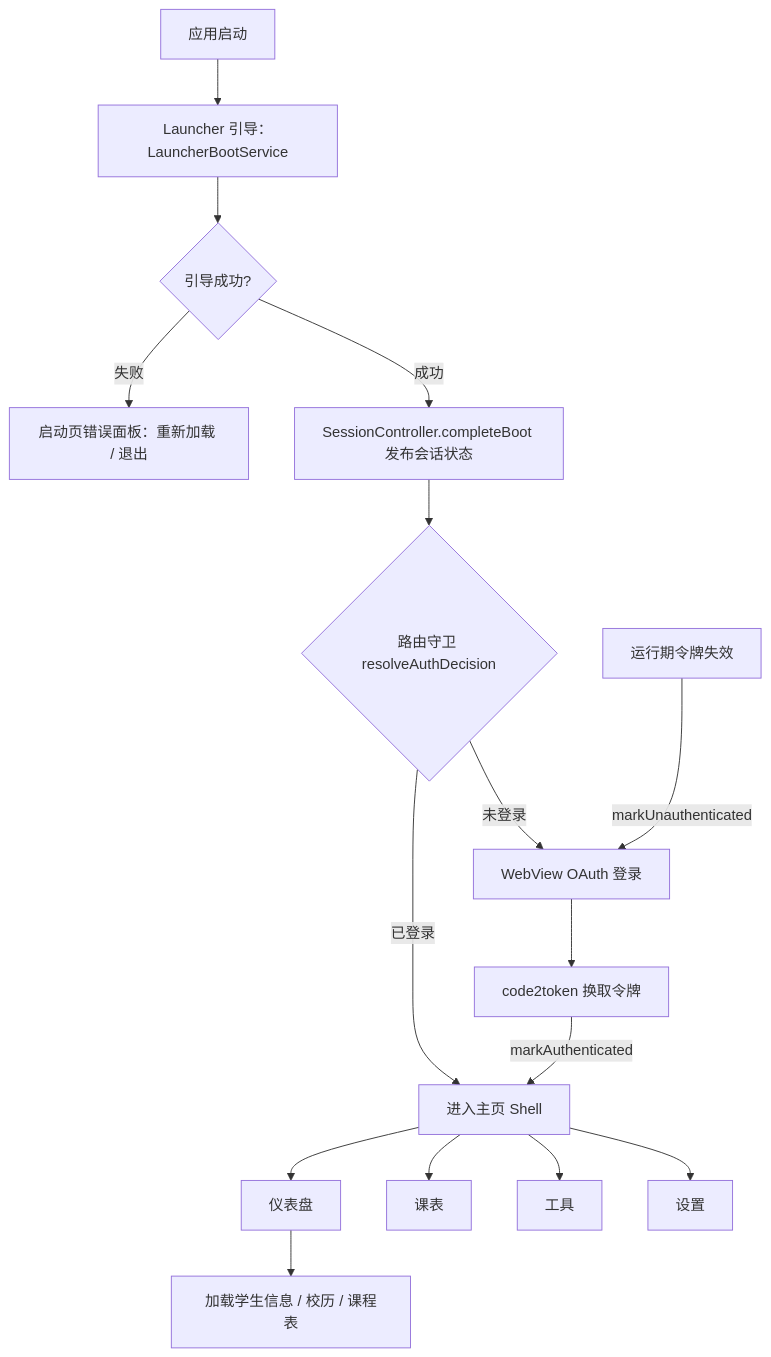
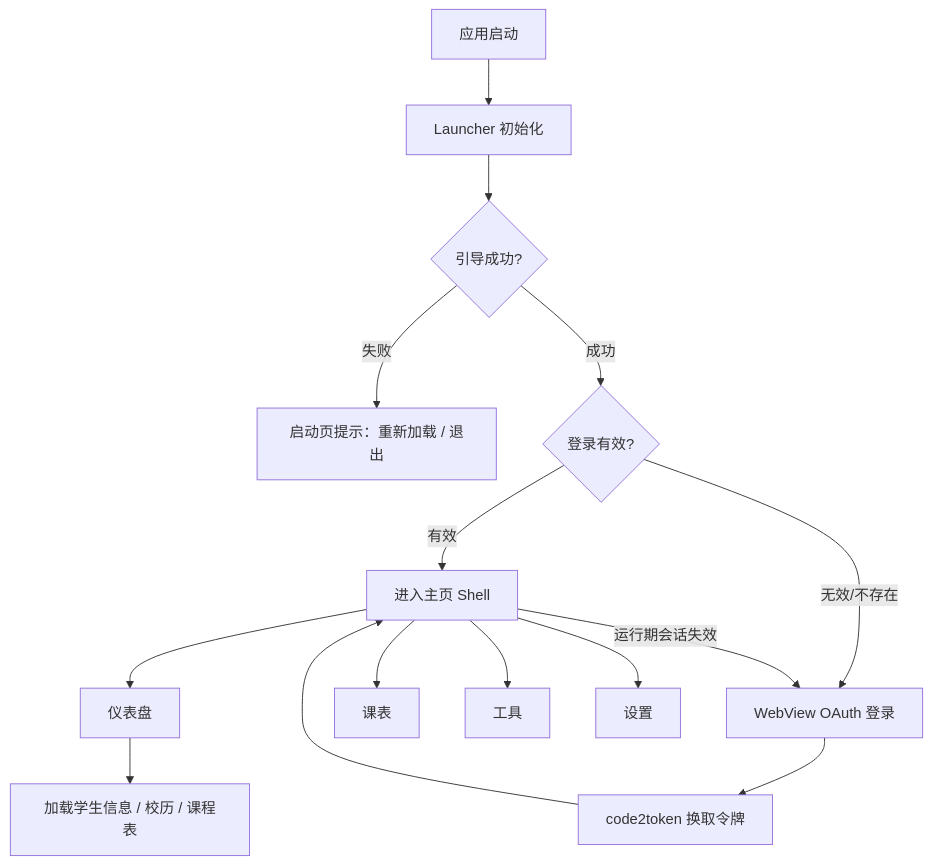
The diagram in docs/01.指南/01.简介/01.项目简介.md (oierxjn/OneTJ-Website), drawn with Mermaid before and after one commit. The commit also changed other lines of this file and 3 other files, not shown here.

````diff
--- a/docs/01.指南/01.简介/01.项目简介.md
+++ b/docs/01.指南/01.简介/01.项目简介.md
@@ -96,18 +95,17 @@
 ```mermaid
 graph TD
-    A[应用启动] --> B[Launcher 引导：LauncherBootService]
+    A[应用启动] --> B[Launcher 初始化]
     B --> C{引导成功?}
-    C -->|失败| C1[启动页错误面板：重新加载 / 退出]
-    C -->|成功| D[SessionController.completeBoot 发布会话状态]
-    D --> E{路由守卫 resolveAuthDecision}
-    E -->|已登录| F[进入主页 Shell]
-    E -->|未登录| G[WebView OAuth 登录]
-    G --> H[code2token 换取令牌]
-    H -->|markAuthenticated| F
-    F --> I[仪表盘]
-    F --> J[课表]
-    F --> K[工具]
-    F --> L[设置]
-    I --> M[加载学生信息 / 校历 / 课程表]
-    N[运行期令牌失效] -->|markUnauthenticated| G
+    C -->|失败| C1[启动页提示：重新加载 / 退出]
+    C -->|成功| D{登录有效?}
+    D -->|有效| E[进入主页 Shell]
+    D -->|无效/不存在| F[WebView OAuth 登录]
+    F --> G[code2token 换取令牌]
+    G --> E
+    E --> H[仪表盘]
+    E --> I[课表]
+    E --> J[工具]
+    E --> K[设置]
+    H --> L[加载学生信息 / 校历 / 课程表]
+    E -->|运行期会话失效| F
 ```
````
